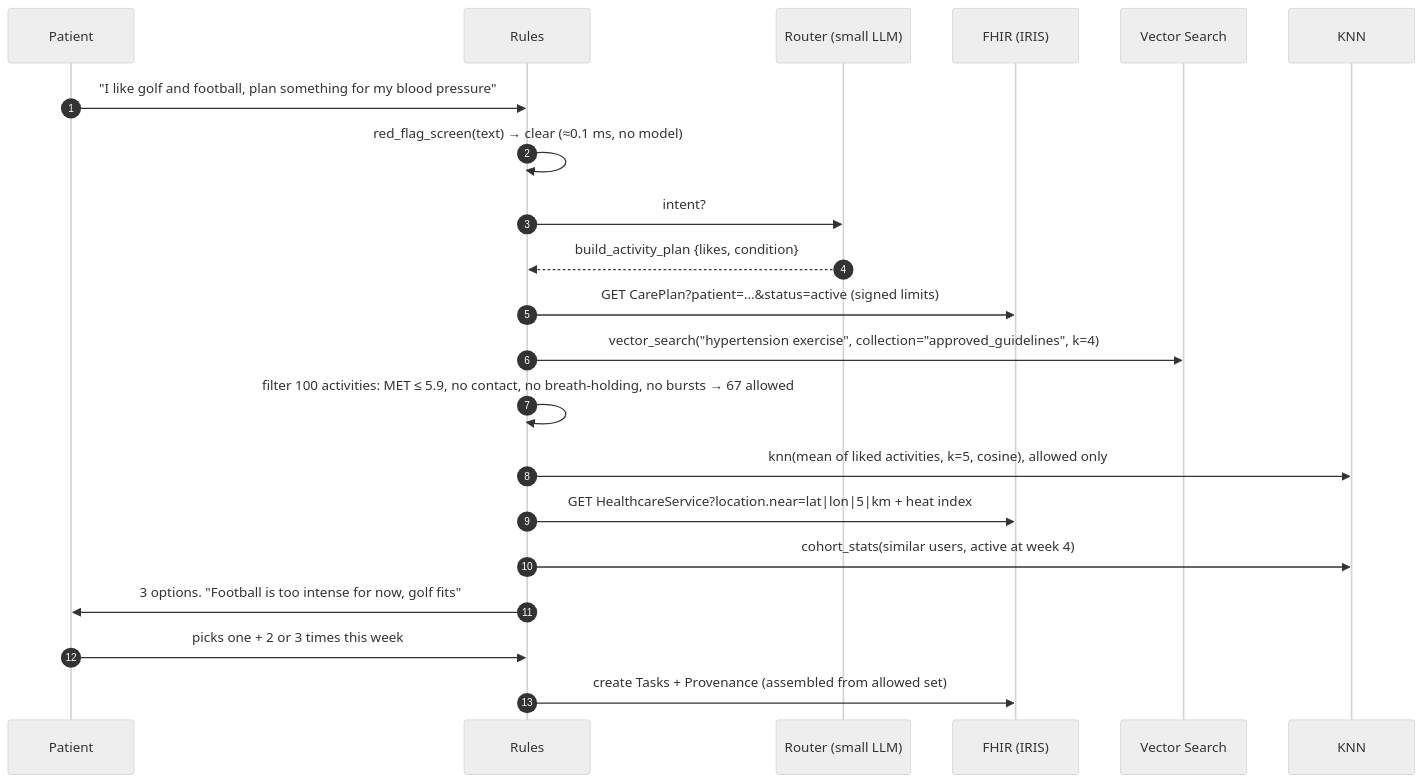
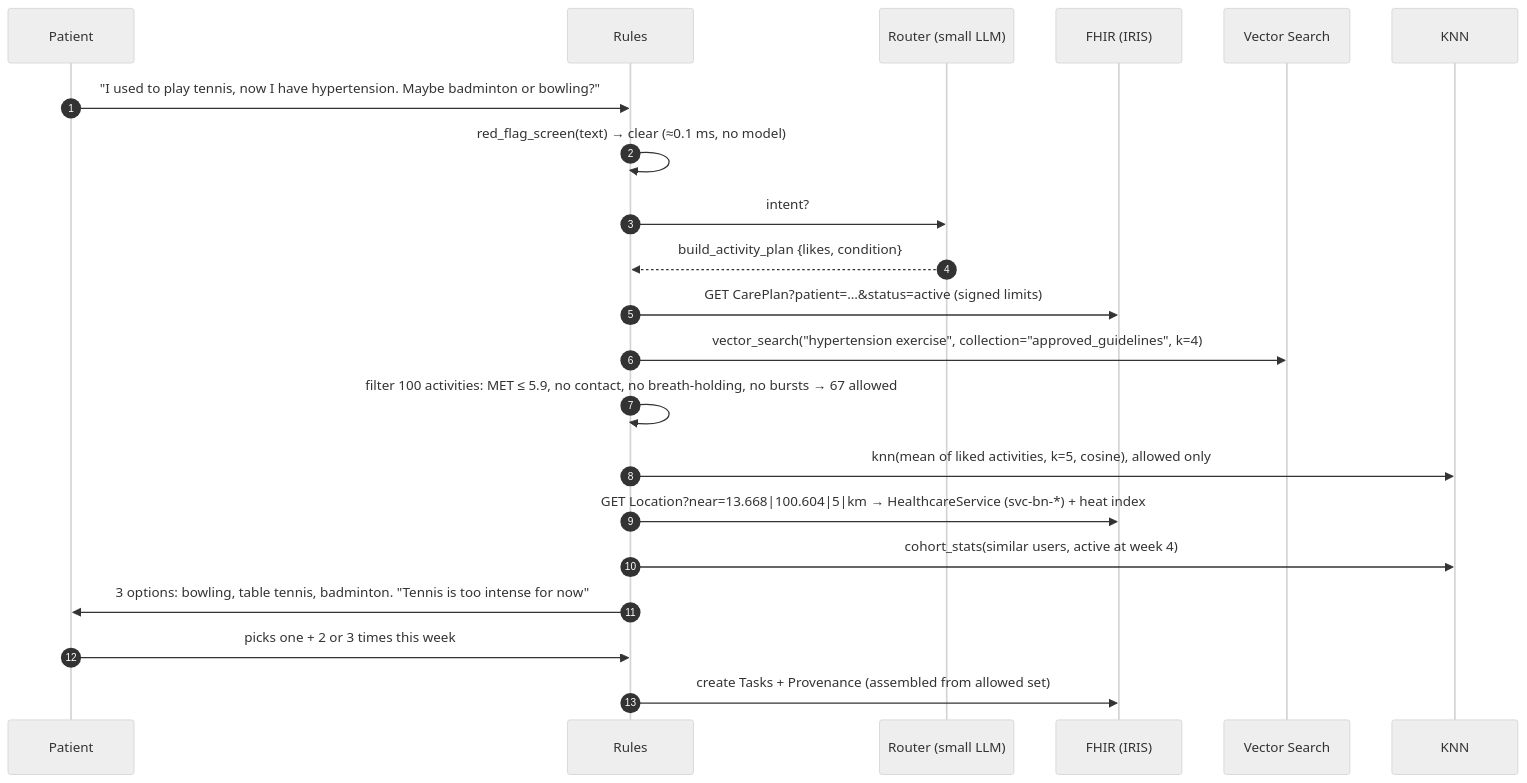
The second of 2 diagrams in pitch/appendix/A04-agentic-harness.md (Calvinkub/SirirajxMIT-Calvin-P-Toon), drawn with Mermaid (neutral theme) before and after one commit. The commit also changed other lines of this file and 1 other file, not shown here.

Commit message:
docs: A04 and P11 match the unified demo (tennis preset, cmc-p01 in bundles, Bang Na FHIR groups)

````diff
--- a/pitch/appendix/A04-agentic-harness.md
+++ b/pitch/appendix/A04-agentic-harness.md
@@ -84,23 +84,23 @@
 ```mermaid
 sequenceDiagram
   autonumber
   participant P as Patient
   participant R as Rules
   participant L as Router (small LLM)
   participant F as FHIR (IRIS)
   participant V as Vector Search
   participant K as KNN
-  P->>R: "I like golf and football, plan something for my blood pressure"
+  P->>R: "I used to play tennis, now I have hypertension. Maybe badminton or bowling?"
   R->>R: red_flag_screen(text) → clear (≈0.1 ms, no model)
   R->>L: intent?
   L-->>R: build_activity_plan {likes, condition}
   R->>F: GET CarePlan?patient=…&status=active (signed limits)
   R->>V: vector_search("hypertension exercise", collection="approved_guidelines", k=4)
   R->>R: filter 100 activities: MET ≤ 5.9, no contact, no breath-holding, no bursts → 67 allowed
   R->>K: knn(mean of liked activities, k=5, cosine), allowed only
-  R->>F: GET HealthcareService?location.near=lat|lon|5|km + heat index
+  R->>F: GET Location?near=13.668|100.604|5|km → HealthcareService (svc-bn-*) + heat index
   R->>K: cohort_stats(similar users, active at week 4)
-  R->>P: 3 options. "Football is too intense for now, golf fits"
+  R->>P: 3 options: bowling, table tennis, badminton. "Tennis is too intense for now"
   P->>R: picks one + 2 or 3 times this week
   R->>F: create Tasks + Provenance (assembled from allowed set)
 ```
````
